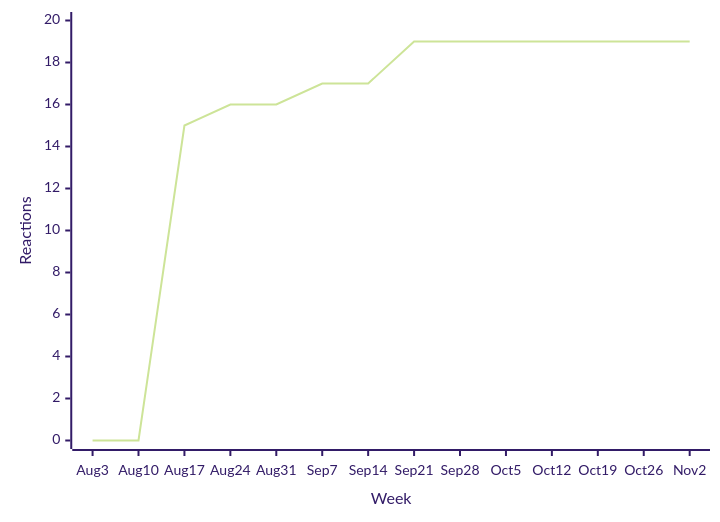
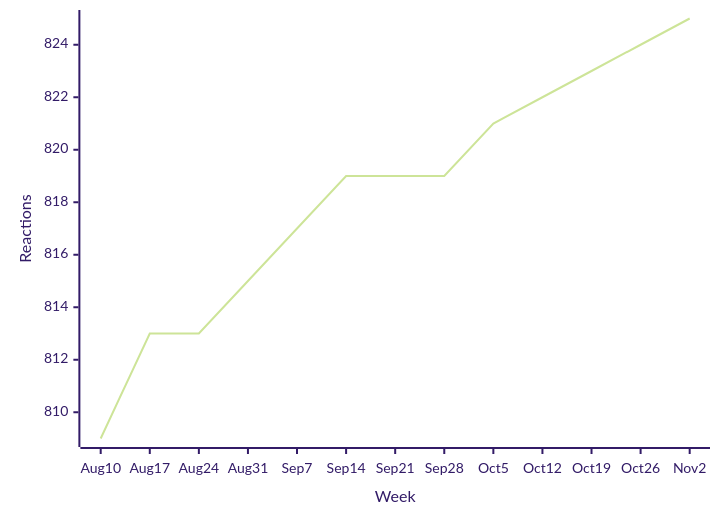
The ninth of 40 diagrams in README.md (loic-sharma/github-insights), drawn with Mermaid (forest theme) before and after one commit. The commit also changed other lines of this file and 3 other files, not shown here.

````diff
--- a/README.md
+++ b/README.md
@@ -460,6 +460,6 @@
   ```mermaid
   xychart-beta
-    x-axis "Week" [Aug 3, Aug 10, Aug 17, Aug 24, Aug 31, Sep 7, Sep 14, Sep 21, Sep 28, Oct 5, Oct 12, Oct 19, Oct 26, Nov 2]
-    y-axis "Reactions" 0 --> 20
-    line [0, 0, 15, 16, 16, 17, 17, 19, 19, 19, 19, 19, 19, 19]
+    x-axis "Week" [Aug 10, Aug 17, Aug 24, Aug 31, Sep 7, Sep 14, Sep 21, Sep 28, Oct 5, Oct 12, Oct 19, Oct 26, Nov 2]
+    y-axis "Reactions"
+    line [809, 813, 813, 815, 817, 819, 819, 819, 821, 822, 823, 824, 825]
   ```
````
